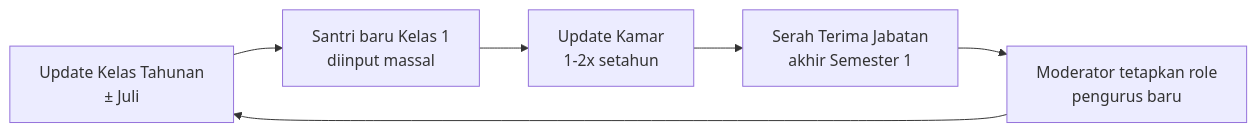
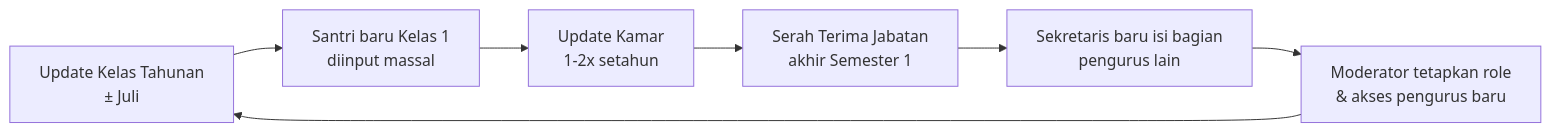
One commit to SiJao/ProjectJao changed the second of 6 diagrams in README.md. Above: the diagram before and after it, drawn with Mermaid. The commit also changed other lines of this file and 24 other files, not shown here.

````diff
--- a/README.md
+++ b/README.md
@@ -355,8 +360,9 @@
 ```mermaid
 flowchart LR
     A["Update Kelas Tahunan<br/>± Juli"] --> B["Santri baru Kelas 1<br/>diinput massal"]
     B --> C["Update Kamar<br/>1-2x setahun"]
     C --> D["Serah Terima Jabatan<br/>akhir Semester 1"]
-    D --> E["Moderator tetapkan role<br/>pengurus baru"]
+    D --> D2["Sekretaris baru isi bagian<br/>pengurus lain"]
+    D2 --> E["Moderator tetapkan role<br/>& akses pengurus baru"]
     E --> A
 ```
````
